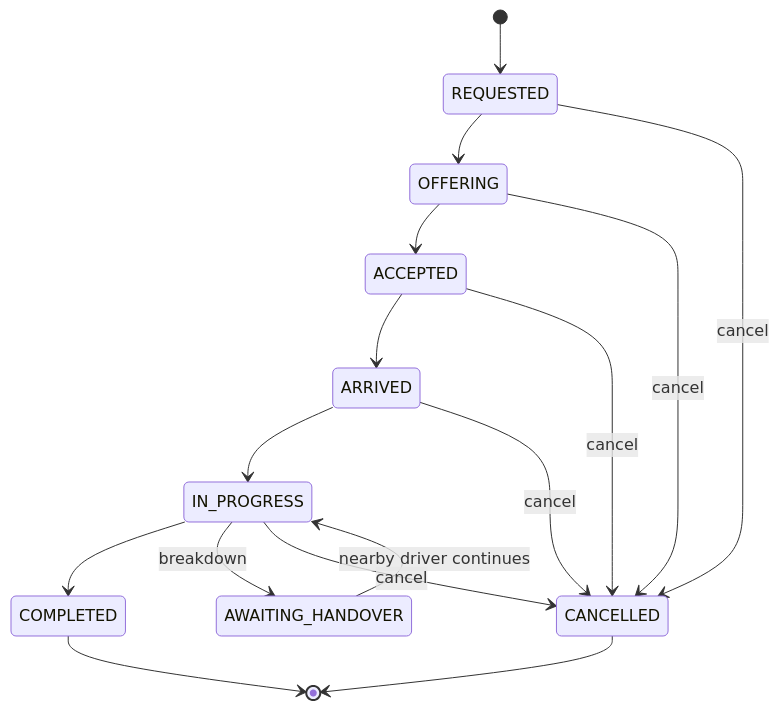
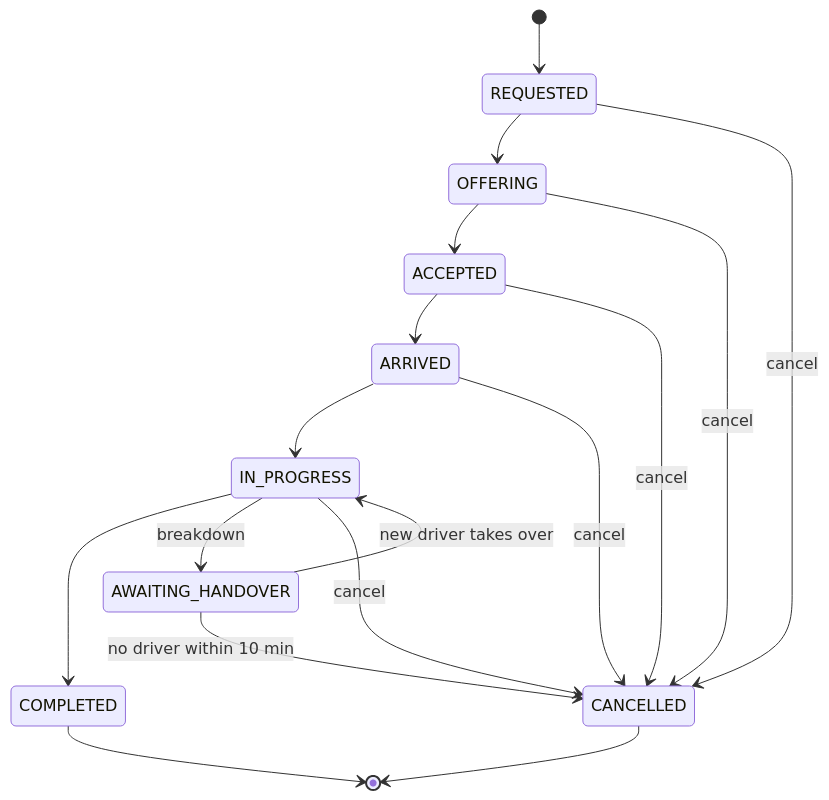
Before and after one commit to ALPHAMAN-0/Bhorsha_Backend: the second of 3 diagrams in README.md, drawn with Mermaid. The commit also changed other lines of this file and 52 other files, not shown here.

First line of the commit message:
feat: restructure Bhorsha API with modular architecture

````diff
--- a/README.md
+++ b/README.md
@@ -281,18 +317,19 @@
 ```mermaid
 stateDiagram-v2
     [*] --> REQUESTED
     REQUESTED --> OFFERING
     OFFERING --> ACCEPTED
     ACCEPTED --> ARRIVED
     ARRIVED --> IN_PROGRESS
     IN_PROGRESS --> COMPLETED
     IN_PROGRESS --> AWAITING_HANDOVER: breakdown
-    AWAITING_HANDOVER --> IN_PROGRESS: nearby driver continues
+    AWAITING_HANDOVER --> IN_PROGRESS: new driver takes over
+    AWAITING_HANDOVER --> CANCELLED: no driver within 10 min
     REQUESTED --> CANCELLED: cancel
     OFFERING --> CANCELLED: cancel
     ACCEPTED --> CANCELLED: cancel
     ARRIVED --> CANCELLED: cancel
     IN_PROGRESS --> CANCELLED: cancel
     COMPLETED --> [*]
     CANCELLED --> [*]
 ```
````
